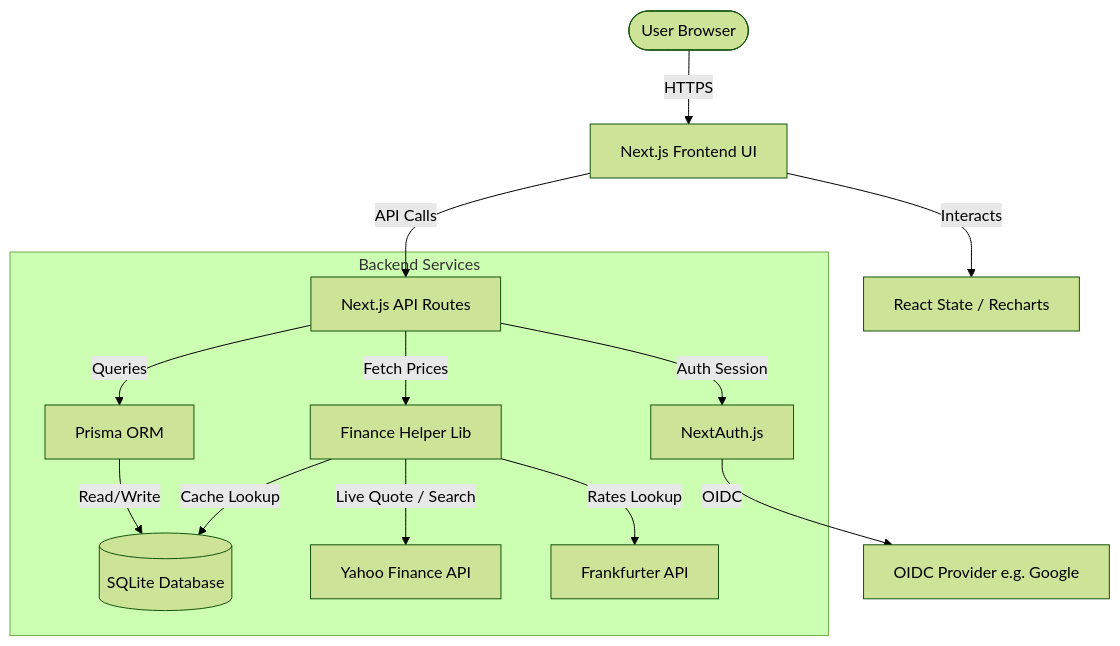
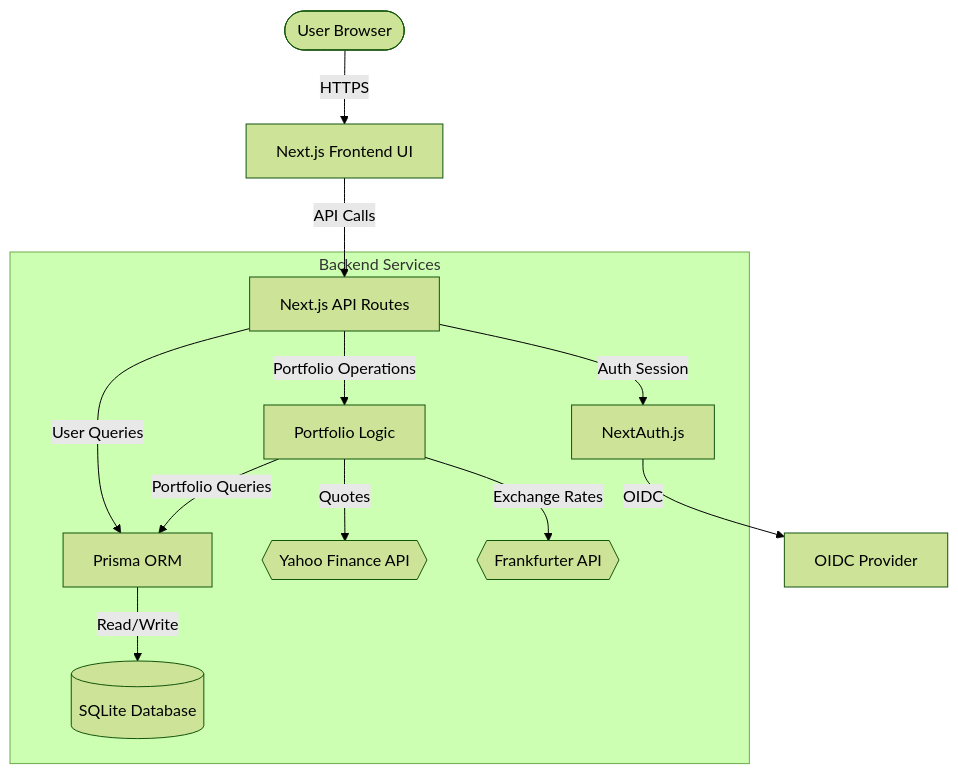
Before and after one commit to gabay/hold: the diagram in README.md, drawn with Mermaid (forest theme). The commit also changed other lines of this file and 21 other files, not shown here.

````diff
--- a/README.md
+++ b/README.md
@@ -37,19 +40,18 @@
 ```mermaid
 graph TD
     User([User Browser]) -->|HTTPS| Frontend[Next.js Frontend UI]
-    Frontend -->|Interacts| ClientState[React State / Recharts]
     Frontend -->|API Calls| Backend[Next.js API Routes]
 
     subgraph Backend Services
         Backend -->|Auth Session| NextAuth[NextAuth.js]
-        Backend -->|Queries| Prisma[Prisma ORM]
+        Backend -->|User Queries| Prisma[Prisma ORM]
         Prisma -->|Read/Write| SQLite[(SQLite Database)]
 
-        Backend -->|Fetch Prices| FinanceLib[Finance Helper Lib]
-        FinanceLib -->|Cache Lookup| SQLite
-        FinanceLib -->|Live Quote / Search| YahooFinance[Yahoo Finance API]
-        FinanceLib -->|Rates Lookup| Frankfurter[Frankfurter API]
+        Backend -->|Portfolio Operations| Portfolio[Portfolio Logic]
+        Portfolio -->|Portfolio Queries| Prisma
+        Portfolio -->|Quotes| YahooFinance{{Yahoo Finance API}}
+        Portfolio -->|Exchange Rates| Frankfurter{{Frankfurter API}}
     end
 
-    NextAuth -->|OIDC| ExternalOIDC[OIDC Provider e.g. Google]
+    NextAuth -->|OIDC| ExternalOIDC[OIDC Provider]
 ```
````
